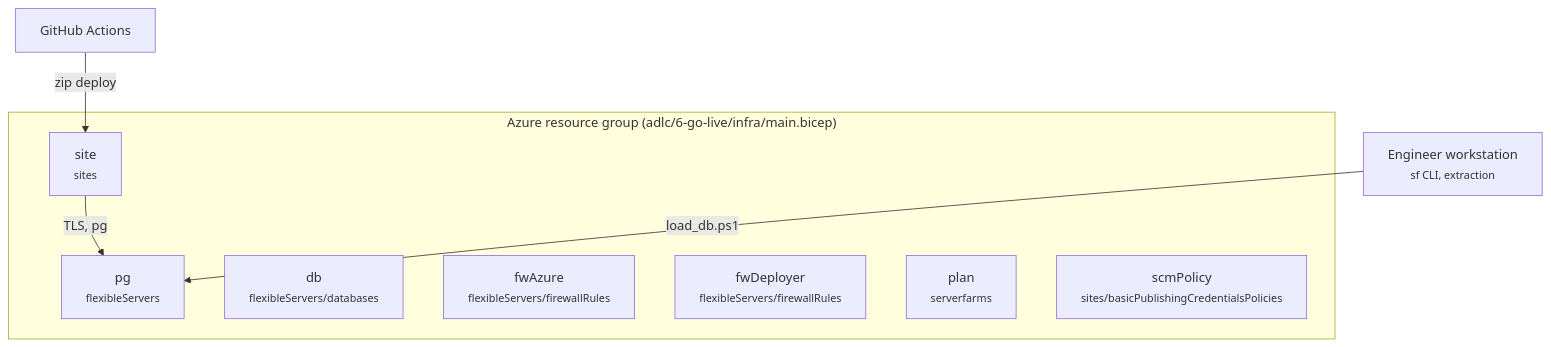
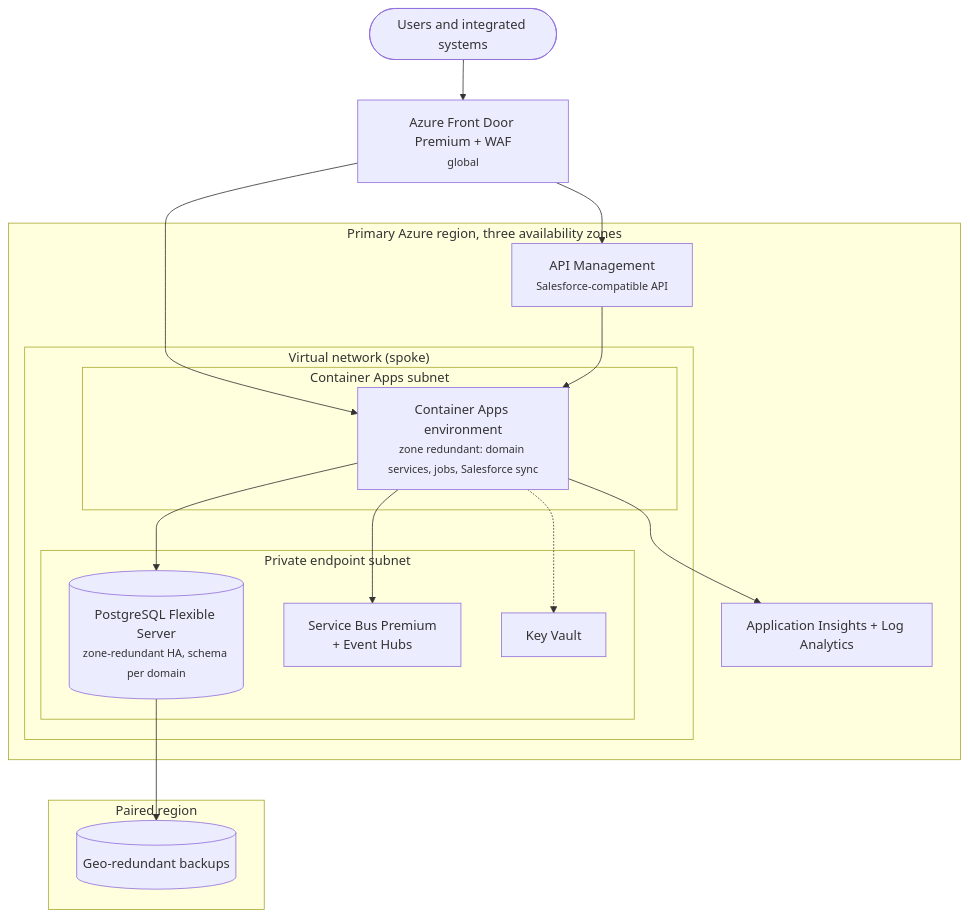
Before and after one commit to himantgupta-alt/crm-genie: the diagram in adlc/2-design/modelling/design/diagrams/deployment.mmd, drawn with Mermaid. The commit also changed 49 other files, not shown here.

First line of the commit message:
Client pack, target-state platform architecture and deck slide

```diff
--- a/adlc/2-design/modelling/design/diagrams/deployment.mmd
+++ b/adlc/2-design/modelling/design/diagrams/deployment.mmd
@@ -1,13 +1,26 @@
 flowchart TB
-  subgraph AZ["Azure resource group (adlc/6-go-live/infra/main.bicep)"]
-    pg["pg<br/><small>flexibleServers</small>"]
-    db["db<br/><small>flexibleServers/databases</small>"]
-    fwAzure["fwAzure<br/><small>flexibleServers/firewallRules</small>"]
-    fwDeployer["fwDeployer<br/><small>flexibleServers/firewallRules</small>"]
-    plan["plan<br/><small>serverfarms</small>"]
-    site["site<br/><small>sites</small>"]
-    scmPolicy["scmPolicy<br/><small>sites/basicPublishingCredentialsPolicies</small>"]
+  U(["Users and integrated systems"]) --> FD["Azure Front Door Premium + WAF<br/><small>global</small>"]
+  subgraph REG["Primary Azure region, three availability zones"]
+    APIM["API Management<br/><small>Salesforce-compatible API</small>"]
+    subgraph VNET["Virtual network (spoke)"]
+      subgraph SN1["Container Apps subnet"]
+        ACA["Container Apps environment<br/><small>zone redundant: domain services, jobs, Salesforce sync</small>"]
+      end
+      subgraph SN2["Private endpoint subnet"]
+        PG[("PostgreSQL Flexible Server<br/><small>zone-redundant HA, schema per domain</small>")]
+        SB["Service Bus Premium<br/>+ Event Hubs"]
+        KV["Key Vault"]
+      end
+    end
+    LA["Application Insights + Log Analytics"]
   end
-  GH["GitHub Actions"] -- "zip deploy" --> site
-  site -- "TLS, pg" --> pg
-  DEV["Engineer workstation<br/><small>sf CLI, extraction</small>"] -- "load_db.ps1" --> pg
+  subgraph PAIR["Paired region"]
+    BK[("Geo-redundant backups")]
+  end
+  FD --> ACA
+  FD --> APIM --> ACA
+  ACA --> PG
+  ACA --> SB
+  ACA -.-> KV
+  ACA --> LA
+  PG --> BK
```
